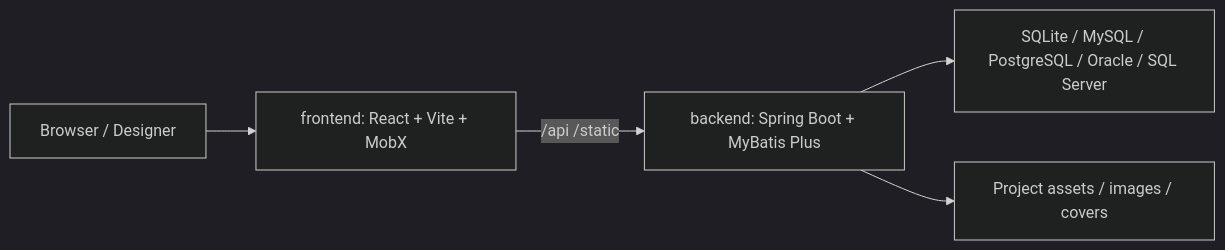
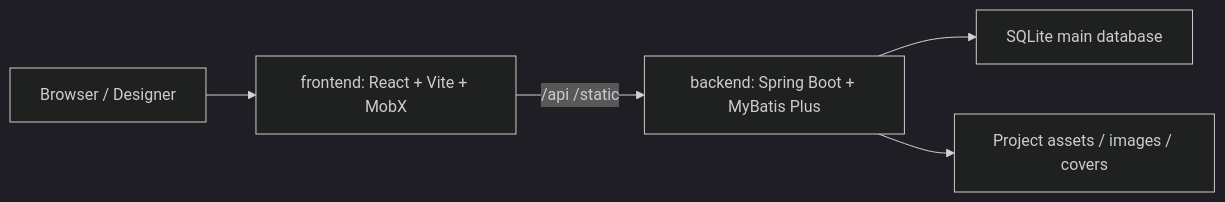
Before and after one commit to xiaopujun/light-chaser: the diagram in README_EN.md, drawn with Mermaid (dark theme). The commit also changed other lines of this file and 11 other files, not shown here.

````diff
--- a/README_EN.md
+++ b/README_EN.md
@@ -53,7 +53,7 @@
 ```mermaid
 flowchart LR
   B["Browser / Designer"] --> F["frontend: React + Vite + MobX"]
   F -->|/api /static| S["backend: Spring Boot + MyBatis Plus"]
-  S --> D["SQLite / MySQL / PostgreSQL / Oracle / SQL Server"]
+  S --> D["SQLite main database"]
   S --> R["Project assets / images / covers"]
 ```
````
